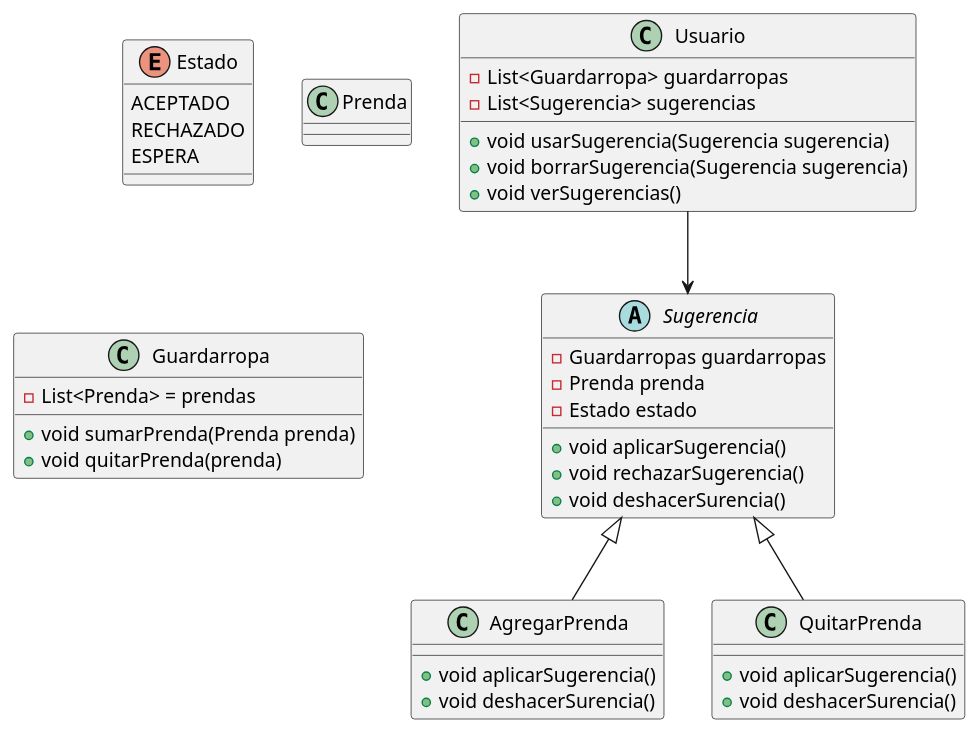
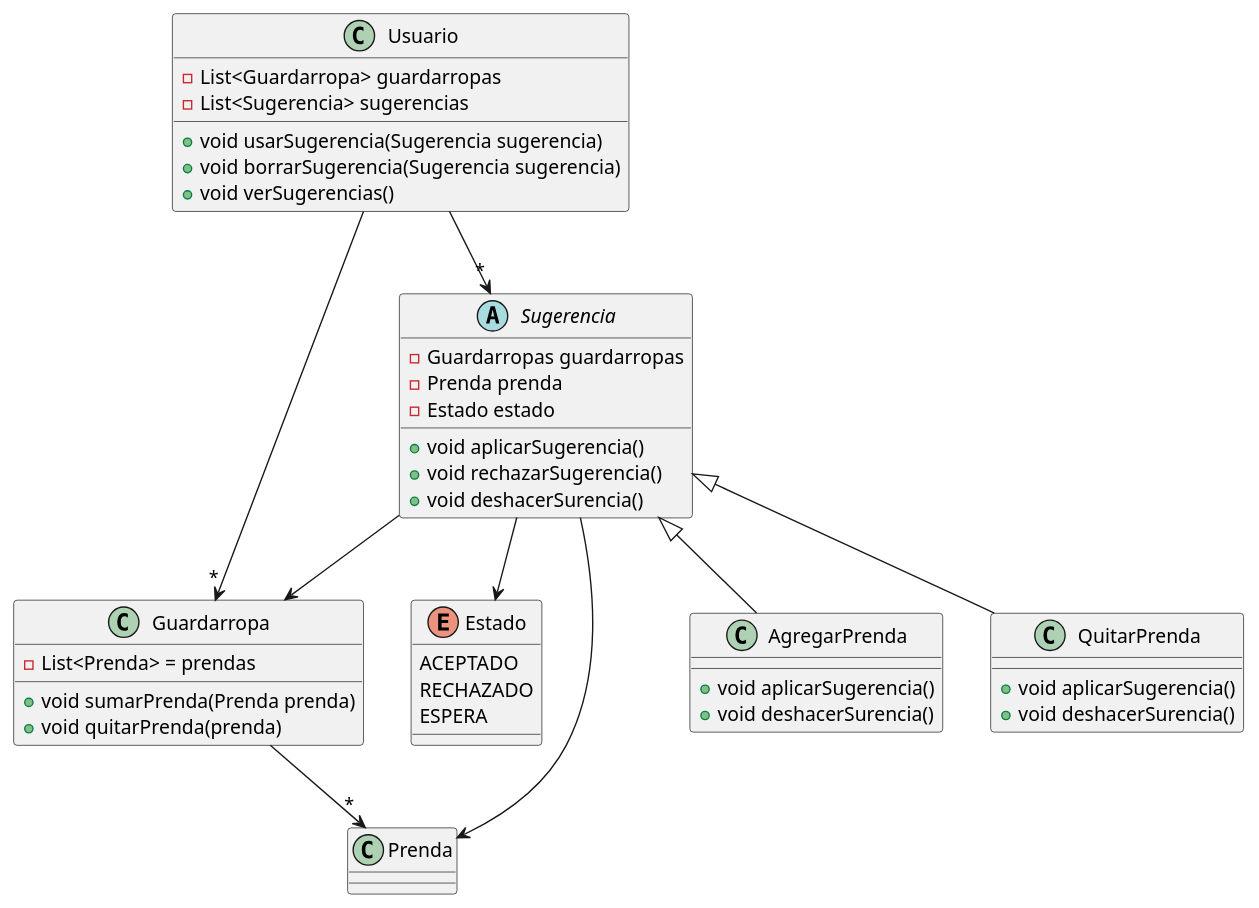
The diagram in 5ta-iteracion/img/QMP5.puml (mabellini/TP-QMP-dds), drawn with PlantUML before and after one commit. The commit also changed 2 other files, not shown here.

```diff
--- a/5ta-iteracion/img/QMP5.puml
+++ b/5ta-iteracion/img/QMP5.puml
@@ -1,57 +1,61 @@
 @startuml tp-qmp
 'https://plantuml.com/class-diagram
 ' - private
 ' + public
 
 ' Part 1: Organizaciones y Miembros
 
 enum Estado {
     ACEPTADO
     RECHAZADO
     ESPERA
 }
 
 class Usuario {
     - List<Guardarropa> guardarropas
     - List<Sugerencia> sugerencias
 
     + void usarSugerencia(Sugerencia sugerencia)
     + void borrarSugerencia(Sugerencia sugerencia)
     + void verSugerencias()
 }
 
 class Prenda {
 }
 
 class Guardarropa {
     - List<Prenda> = prendas
 
     + void sumarPrenda(Prenda prenda)
     + void quitarPrenda(prenda)
 }
 
 abstract class Sugerencia {
     - Guardarropas guardarropas
     - Prenda prenda
     - Estado estado
 
     + void aplicarSugerencia()
     + void rechazarSugerencia()
     + void deshacerSurencia()
 }
 
 class AgregarPrenda extends Sugerencia{
     + void aplicarSugerencia()
     + void deshacerSurencia()
 }
 
 class QuitarPrenda extends Sugerencia{
     + void aplicarSugerencia()
     + void deshacerSurencia()
 }
 
 
-Usuario --> Sugerencia
-
+Usuario --> "*" Sugerencia
+Usuario --> "*" Guardarropa
+Guardarropa --> "*" Prenda
+Sugerencia --> Estado
+Sugerencia --> Guardarropa
+Sugerencia --> Prenda
 
 @enduml
```
